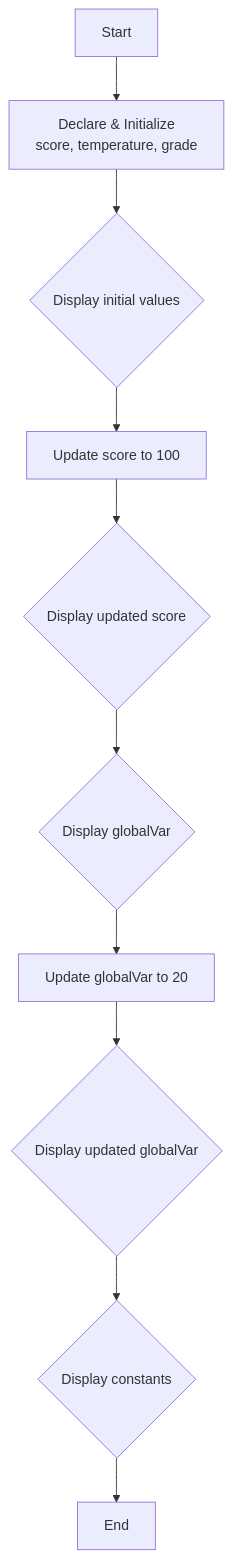
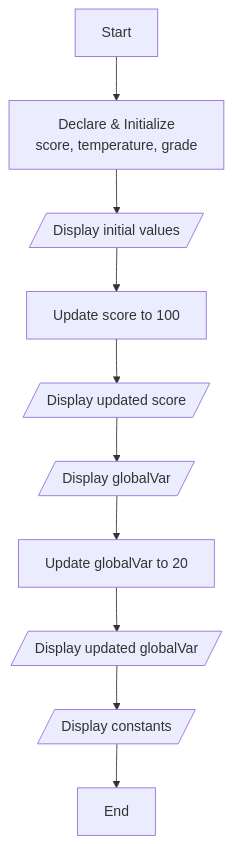
Before and after one commit to Asif-Faizal/BigOCcasion: the diagram in 04_variables_and_constants/README.md, drawn with Mermaid. The commit also changed 2 other files, not shown here.

Commit message:
chore: standardized flowchart text formatting in README files for improved readability

````diff
--- a/04_variables_and_constants/README.md
+++ b/04_variables_and_constants/README.md
@@ -103,12 +103,12 @@
 ```mermaid
 graph TD;
-    A[Start] --> B[Declare & Initialize<br>score, temperature, grade];
-    B --> C{Display initial values};
+    A[Start] --> B["Declare & Initialize<br>score, temperature, grade"];
+    B --> C[/Display initial values/];
     C --> D[Update score to 100];
-    D --> E{Display updated score};
-    E --> F{Display globalVar};
+    D --> E[/Display updated score/];
+    E --> F[/Display globalVar/];
     F --> G[Update globalVar to 20];
-    G --> H{Display updated globalVar};
-    H --> I{Display constants};
+    G --> H[/Display updated globalVar/];
+    H --> I[/Display constants/];
     I --> J[End];
 ```
````
